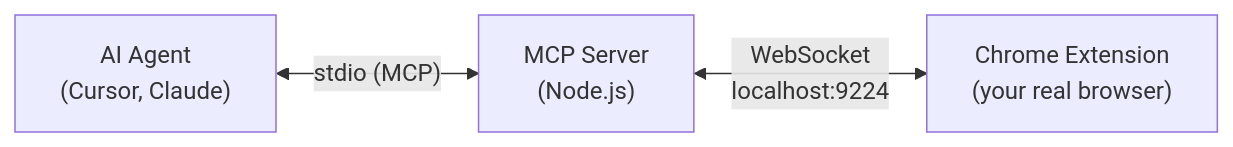
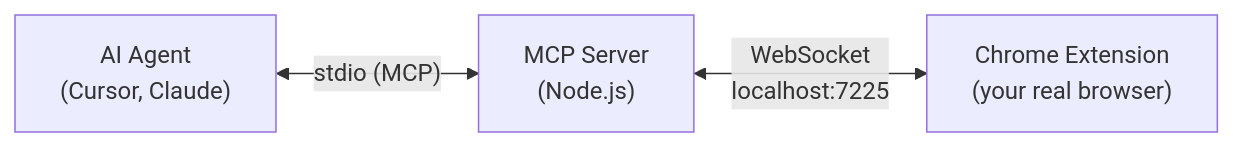
The diagram in README.md (ofershap/real-browser-mcp), drawn with Mermaid before and after one commit. The commit also changed other lines of this file and 5 other files, not shown here.

````diff
--- a/README.md
+++ b/README.md
@@ -209,5 +209,5 @@
 ```mermaid
 flowchart LR
     A["AI Agent\n(Cursor, Claude)"] <-->|"stdio (MCP)"| B["MCP Server\n(Node.js)"]
-    B <-->|"WebSocket\nlocalhost:9224"| C["Chrome Extension\n(your real browser)"]
+    B <-->|"WebSocket\nlocalhost:7225"| C["Chrome Extension\n(your real browser)"]
 ```
````
